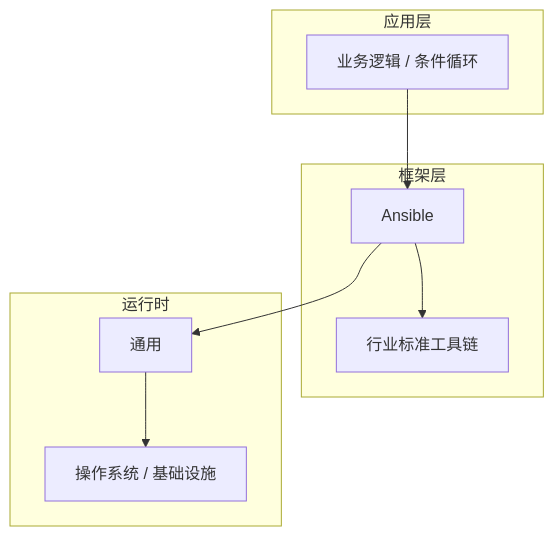
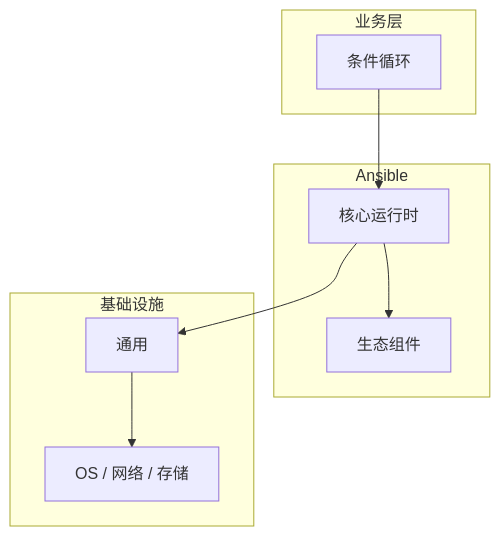
One commit to yanggan2015/knowledge-json-v2 changed the diagram in articles/Ansible/chapters/041-条件循环核心概念与原理.md. Above: the diagram before and after it, drawn with Mermaid. The commit also changed other lines of this file and 10127 other files, not shown here.

````diff
--- a/articles/Ansible/chapters/041-条件循环核心概念与原理.md
+++ b/articles/Ansible/chapters/041-条件循环核心概念与原理.md
@@ -45,18 +34,18 @@
 ```mermaid
 graph TB
-    subgraph 应用层
-        A[业务逻辑 / 条件循环]
+    subgraph 业务层
+        A[条件循环]
     end
-    subgraph 框架层
-        B[Ansible]
-        C[行业标准工具链]
+    subgraph Ansible
+        B[核心运行时]
+        C[生态组件]
     end
-    subgraph 运行时
+    subgraph 基础设施
         D[通用]
-        E[操作系统 / 基础设施]
+        E[OS / 网络 / 存储]
     end
     A --> B
     B --> C
     B --> D
     D --> E
 ```
````
